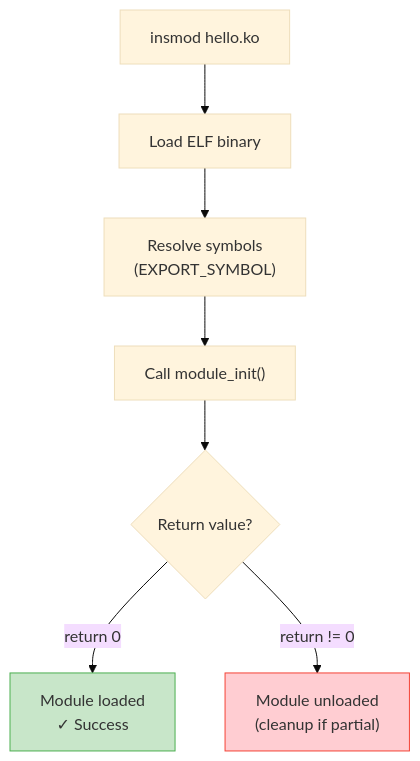
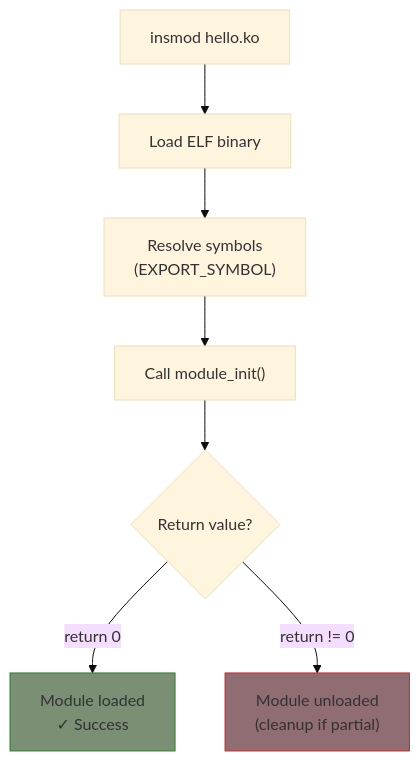
Before and after one commit to MichaelTien8901/linux-driver-guide-tutorial: the diagram in part2/02-module-lifecycle.md, drawn with Mermaid (base theme). The commit also changed 36 other files, not shown here.

Commit message:
Fix mermaid diagram colors to use consistent paper-like theme

````diff
--- a/part2/02-module-lifecycle.md
+++ b/part2/02-module-lifecycle.md
@@ -22,12 +22,12 @@
 ```mermaid
 flowchart TD
     A["insmod hello.ko"] --> B["Load ELF binary"]
     B --> C["Resolve symbols<br/>(EXPORT_SYMBOL)"]
     C --> D["Call module_init()"]
     D --> E{"Return value?"}
     E -->|"return 0"| F["Module loaded<br/>✓ Success"]
     E -->|"return != 0"| G["Module unloaded<br/>(cleanup if partial)"]
 
-    style F fill:#c8e6c9,stroke:#4caf50
-    style G fill:#ffcdd2,stroke:#f44336
+    style F fill:#7a8f73,stroke:#2e7d32
+    style G fill:#8f6d72,stroke:#c62828
 ```
````
